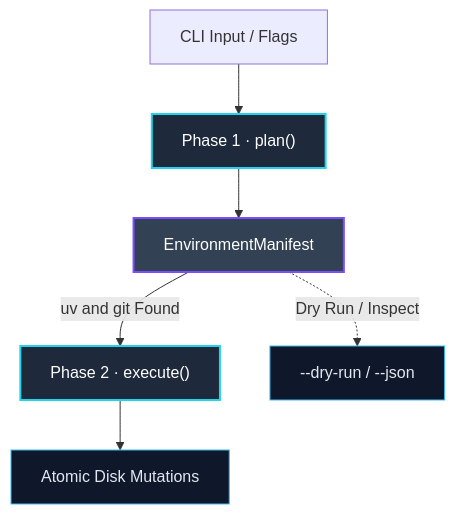
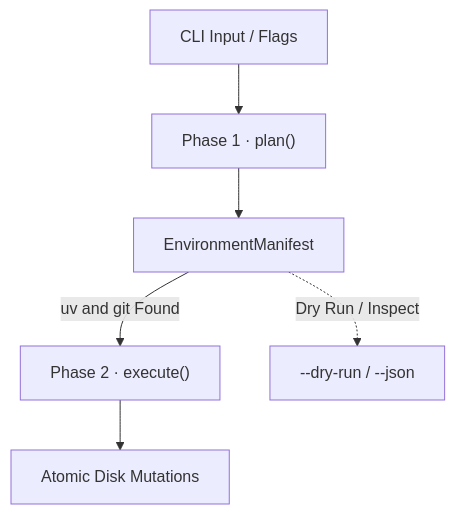
One commit to JacksonFergusonDev/protostar changed the first of 2 diagrams in docs/design-principles.md. Above: the diagram before and after it, drawn with Mermaid. The commit also changed other lines of this file and 36 other files, not shown here.

````diff
--- a/docs/design-principles.md
+++ b/docs/design-principles.md
@@ -59,12 +59,8 @@
 ```mermaid
 flowchart TD
-    classDef phase fill:#1e293b,stroke:#22d3ee,stroke-width:2px,color:#fff;
-    classDef manifest fill:#334155,stroke:#7c4dff,stroke-width:2px,color:#fff;
-    classDef action fill:#0f172a,stroke:#38bdf8,stroke-width:1px,color:#e2e8f0;
-
-    A[CLI Input / Flags] --> B["Phase 1 · plan()"]:::phase
-    B --> C[EnvironmentManifest]:::manifest
-    C -->|uv and git Found| D["Phase 2 · execute()"]:::phase
-    C -.->|Dry Run / Inspect| E[--dry-run / --json]:::action
-    D --> F[Atomic Disk Mutations]:::action
+    A[CLI Input / Flags] --> B["Phase 1 · plan()"]
+    B --> C[EnvironmentManifest]
+    C -->|uv and git Found| D["Phase 2 · execute()"]
+    C -.->|Dry Run / Inspect| E[--dry-run / --json]
+    D --> F[Atomic Disk Mutations]
 ```
````
